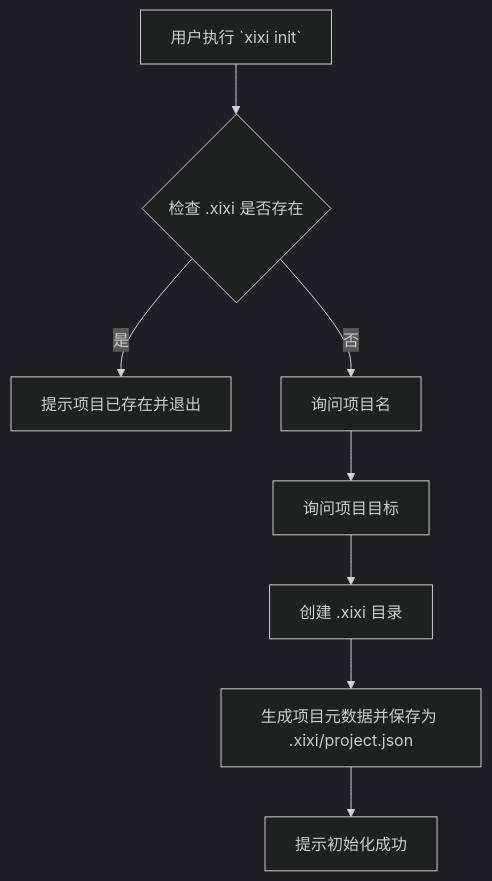
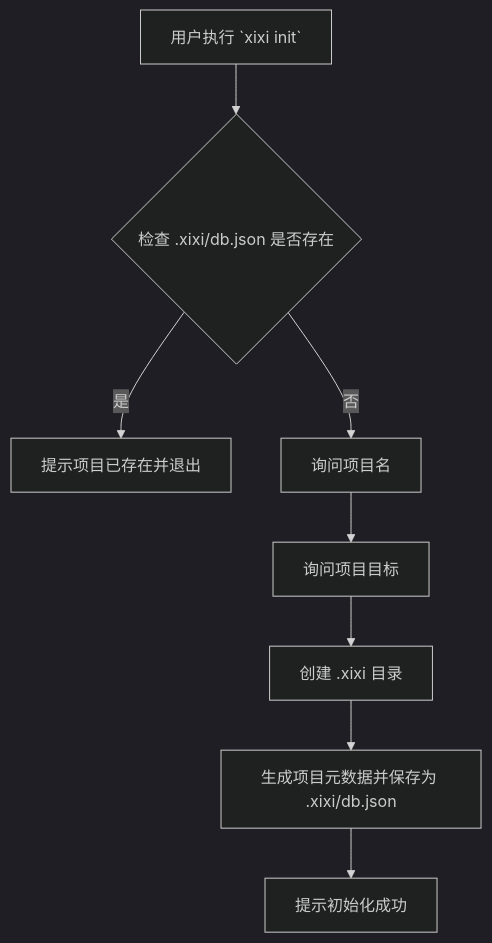
Before and after one commit to sunjiawe/task-cli: the first of 2 diagrams in docs/design.md, drawn with Mermaid (dark theme). The commit also changed other lines of this file and 1 other file, not shown here.

````diff
--- a/docs/design.md
+++ b/docs/design.md
@@ -28,10 +28,10 @@
 ```mermaid
 graph TD
-    A[用户执行 `xixi init`] --> B{检查 .xixi 是否存在};
+    A[用户执行 `xixi init`] --> B{检查 .xixi/db.json 是否存在};
     B -->|是| C[提示项目已存在并退出];
     B -->|否| D[询问项目名];
     D --> E[询问项目目标];
     E --> F[创建 .xixi 目录];
-    F --> G[生成项目元数据并保存为 .xixi/project.json];
+    F --> G[生成项目元数据并保存为 .xixi/db.json];
     G --> H[提示初始化成功];
 ```
````
